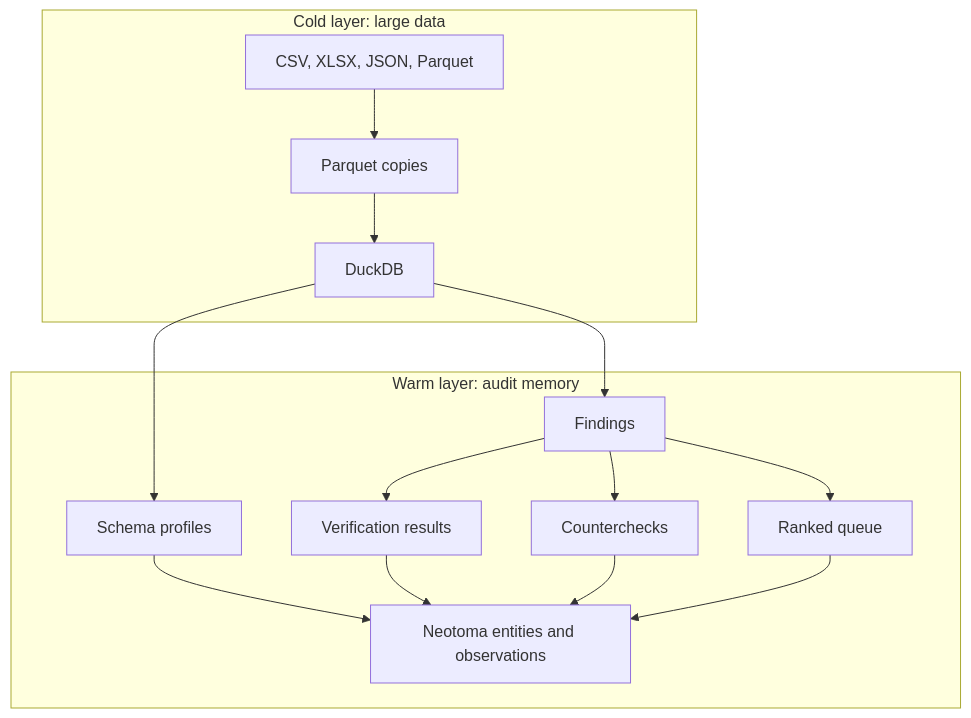
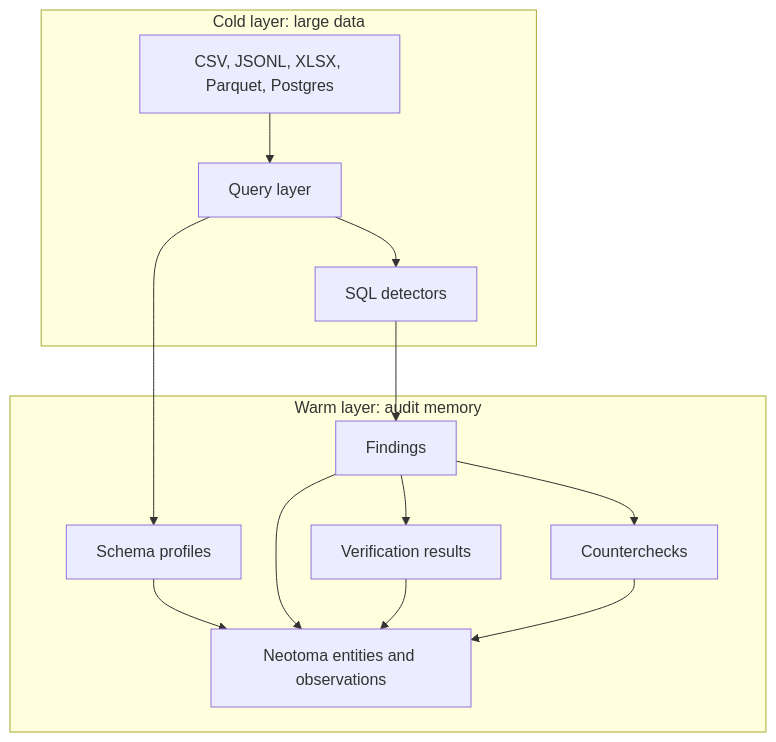
One commit to Lemonbrand/agency-2026-claw changed the third of 3 diagrams in README.md. Above: the diagram before and after it, drawn with Mermaid. The commit also changed other lines of this file, not shown here.

````diff
--- a/README.md
+++ b/README.md
@@ -125,26 +93,24 @@
 ```mermaid
 flowchart TB
     subgraph Cold["Cold layer: large data"]
-        R[CSV, XLSX, JSON, Parquet] --> P[Parquet copies]
-        P --> D[DuckDB]
+        R[CSV, JSONL, XLSX, Parquet, Postgres] --> Q[Query layer]
+        Q --> D[SQL detectors]
     end
 
     subgraph Warm["Warm layer: audit memory"]
         S[Schema profiles]
         F[Findings]
         V[Verification results]
         C[Counterchecks]
-        Q[Ranked queue]
         N[Neotoma entities and observations]
     end
 
-    D --> S
     D --> F
+    Q --> S
     F --> V
     F --> C
-    F --> Q
     S --> N
+    F --> N
     V --> N
     C --> N
-    Q --> N
 ```
````
